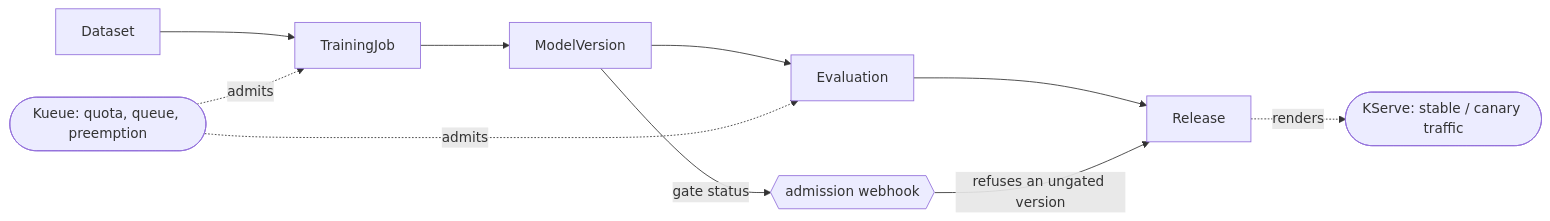
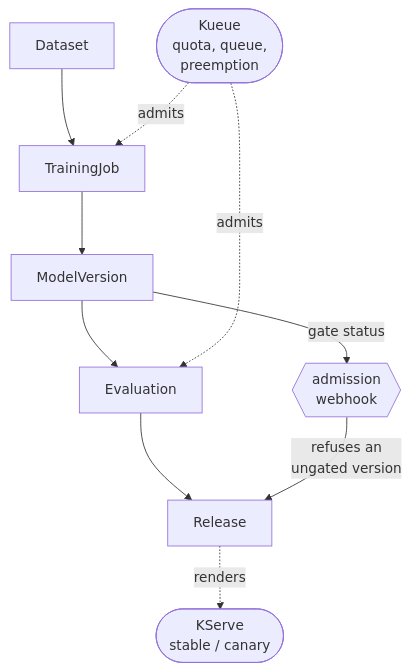
One commit to tihaya-anon/k8s-ai-platform changed the diagram in README.md. Above: the diagram before and after it, drawn with Mermaid. The commit also changed other lines of this file and 1 other file, not shown here.

Commit message:
docs: lay the object-flow diagram out for the column it sits in
The README flowchart was LR and rendered 1384x212 — a six-to-one strip that
scales down to unreadable in a 100-column page. TB with the long operator
labels broken across lines gives 425x785, which matches the funnel diagram in
architecture.md at 297x634 and reads at full size.

Recorded as a convention, with the measurement step: mmdc prints the pixel
dimensions, and a wide diagram looks perfectly fine in the source right up
until it is rendered.

````diff
--- a/README.md
+++ b/README.md
@@ -28,15 +28,17 @@
 ```mermaid
-flowchart LR
+flowchart TB
     DS[Dataset] --> TJ[TrainingJob]
     TJ --> MV[ModelVersion]
     MV --> EV[Evaluation]
     EV --> RL[Release]
 
-    KUEUE([Kueue: quota, queue, preemption]) -. admits .-> TJ
+    KUEUE([Kueue<br/>quota, queue,<br/>preemption])
+    KUEUE -. admits .-> TJ
     KUEUE -. admits .-> EV
-    RL -. renders .-> KSERVE([KServe: stable / canary traffic])
 
-    GATE{{admission webhook}}
+    GATE{{admission<br/>webhook}}
     MV -- gate status --> GATE
-    GATE -- refuses an ungated version --> RL
+    GATE -- refuses an<br/>ungated version --> RL
+
+    RL -. renders .-> KSERVE([KServe<br/>stable / canary])
 ```
````
